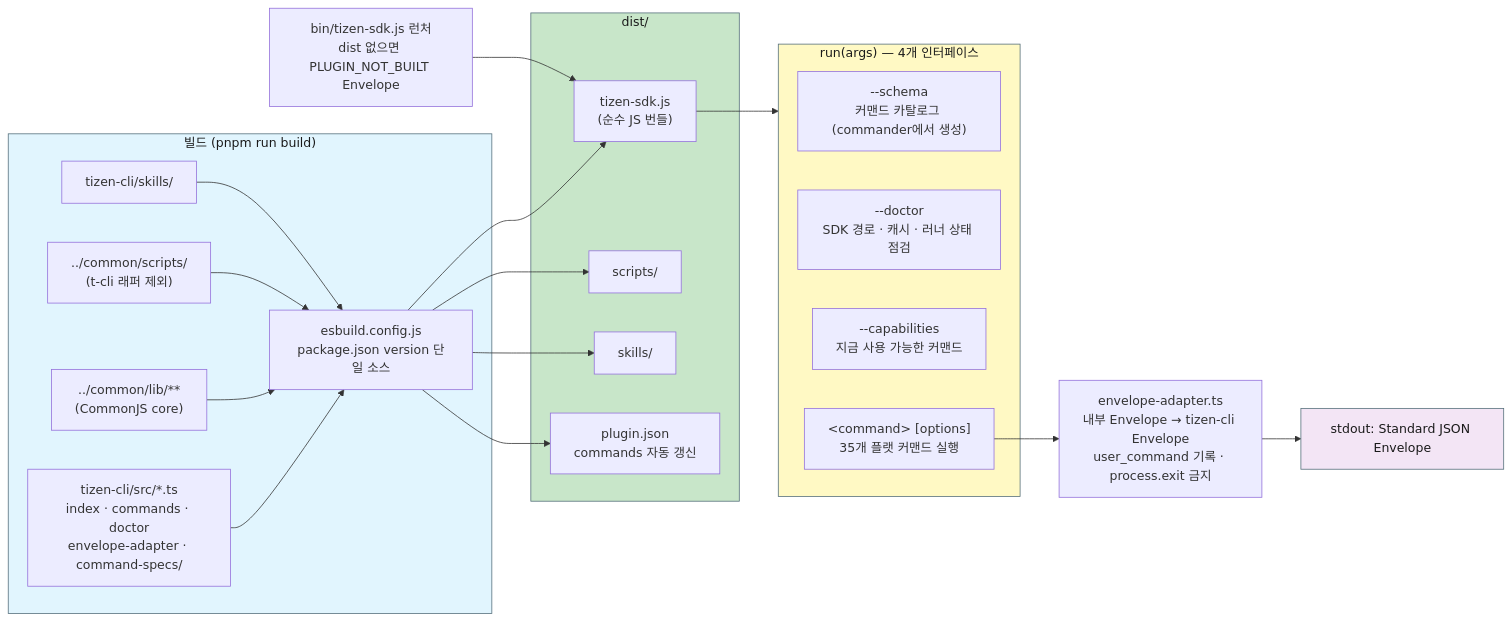
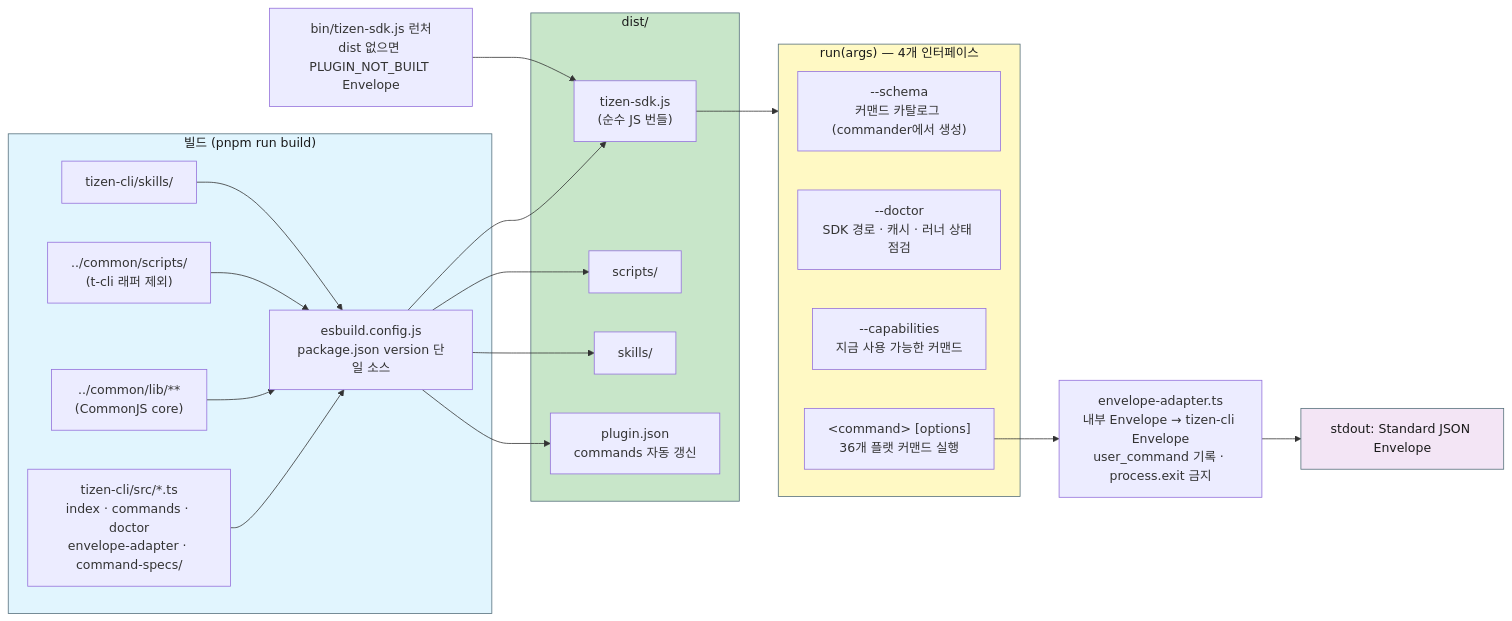
The seventh of 10 diagrams in tizen-sdk-skills/docs/ARCHITECTURE_DIAGRAMS.md (Samsung/tizen-agent-skills), drawn with Mermaid before and after one commit. The commit also changed other lines of this file and 40 other files, not shown here.

````diff
--- a/tizen-sdk-skills/docs/ARCHITECTURE_DIAGRAMS.md
+++ b/tizen-sdk-skills/docs/ARCHITECTURE_DIAGRAMS.md
@@ -314,41 +314,41 @@
 ```mermaid
 graph LR
     subgraph BUILD["빌드 (pnpm run build)"]
         SRC_TS["tizen-cli/src/*.ts<br/>index · commands · doctor<br/>envelope-adapter · command-specs/"]
         C_LIB["../common/lib/**<br/>(CommonJS core)"]
         C_SCR["../common/scripts/<br/>(t-cli 래퍼 제외)"]
         C_SK["tizen-cli/skills/"]
         ESB["esbuild.config.js<br/>package.json version 단일 소스"]
     end
 
     subgraph DIST["dist/"]
         BUNDLE["tizen-sdk.js<br/>(순수 JS 번들)"]
         D_SCR["scripts/"]
         D_SK["skills/"]
         PJ["plugin.json<br/>commands 자동 갱신"]
     end
 
     LAUNCHER["bin/tizen-sdk.js 런처<br/>dist 없으면 PLUGIN_NOT_BUILT Envelope"]
 
     subgraph IFACE["run(args) — 4개 인터페이스"]
         I1["--schema<br/>커맨드 카탈로그 (commander에서 생성)"]
         I2["--doctor<br/>SDK 경로 · 캐시 · 러너 상태 점검"]
         I3["--capabilities<br/>지금 사용 가능한 커맨드"]
-        I4["&lt;command&gt; [options]<br/>35개 플랫 커맨드 실행"]
+        I4["&lt;command&gt; [options]<br/>36개 플랫 커맨드 실행"]
     end
 
     ADAPT["envelope-adapter.ts<br/>내부 Envelope → tizen-cli Envelope<br/>user_command 기록 · process.exit 금지"]
 
     SRC_TS & C_LIB --> ESB --> BUNDLE
     C_SCR --> ESB --> D_SCR
     C_SK --> ESB --> D_SK
     ESB --> PJ
     LAUNCHER --> BUNDLE
     BUNDLE --> IFACE
     I4 --> ADAPT --> OUT["stdout: Standard JSON Envelope"]
 
     style BUILD fill:#e1f5fe,stroke:#546e7a,color:#1a1a1a
     style DIST fill:#c8e6c9,stroke:#546e7a,color:#1a1a1a
     style IFACE fill:#fff9c4,stroke:#546e7a,color:#1a1a1a
     style OUT fill:#f3e5f5,stroke:#546e7a,color:#1a1a1a
 ```
````
